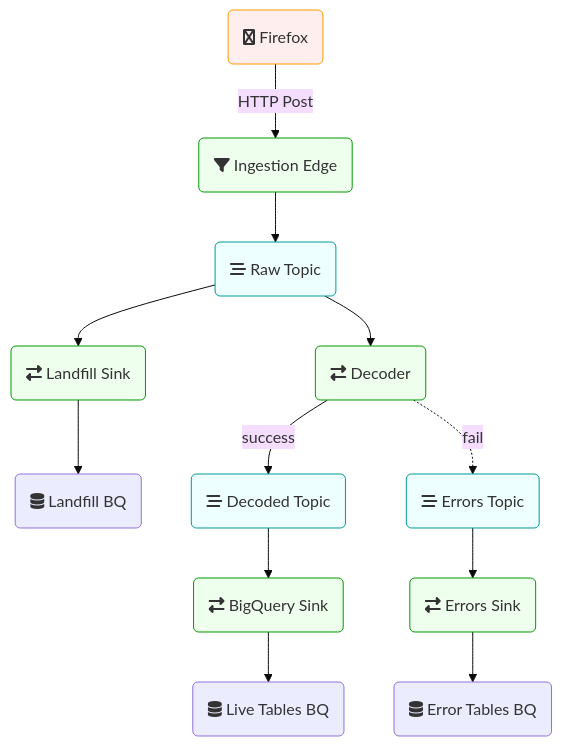
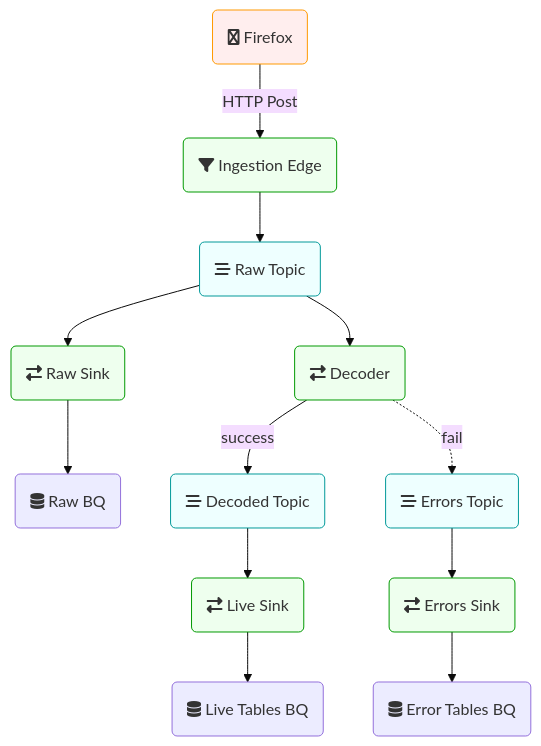
Before and after one commit to mozilla/data-docs: the diagram in src/concepts/pipeline/gcp_data_pipeline.md, drawn with Mermaid (base theme). The commit also changed other lines of this file and 3 other files, not shown here.

````diff
--- a/src/concepts/pipeline/gcp_data_pipeline.md
+++ b/src/concepts/pipeline/gcp_data_pipeline.md
@@ -14,24 +14,24 @@
 ```mermaid
 graph TD
 
 f1(fa:fa-firefox Firefox) -->|HTTP Post| d0(fa:fa-filter Ingestion Edge)
 d0 --> p1(fa:fa-stream Raw Topic)
-p1 --> d1(fa:fa-exchange-alt Landfill Sink)
-d1 --> b1(fa:fa-database Landfill BQ)
+p1 --> d1(fa:fa-exchange-alt Raw Sink)
+d1 --> b1(fa:fa-database Raw BQ)
 p1 --> d2(fa:fa-exchange-alt Decoder)
 d2 -->|success| p2(fa:fa-stream Decoded Topic)
 d2 -.->|fail| p3(fa:fa-stream Errors Topic)
 p3 --> d4(fa:fa-exchange-alt Errors Sink)
-p2 --> d3(fa:fa-exchange-alt BigQuery Sink)
+p2 --> d3(fa:fa-exchange-alt Live Sink)
 d3 --> b2(fa:fa-database Live Tables BQ)
 d4 --> b3(fa:fa-database Error Tables BQ)
 
 classDef pubsub fill:#eff,stroke:#099;
 classDef exec fill:#efe,stroke:#090;
 classDef producers fill:#fee,stroke:#f90;
 classDef bq fill:#ececff,stroke:#9370db;
 class p1,p2,p3 pubsub
 class d0,d1,d2,d3,d4 exec
 class f1 producers
 class b1,b2,b3 bq
 ```
````
